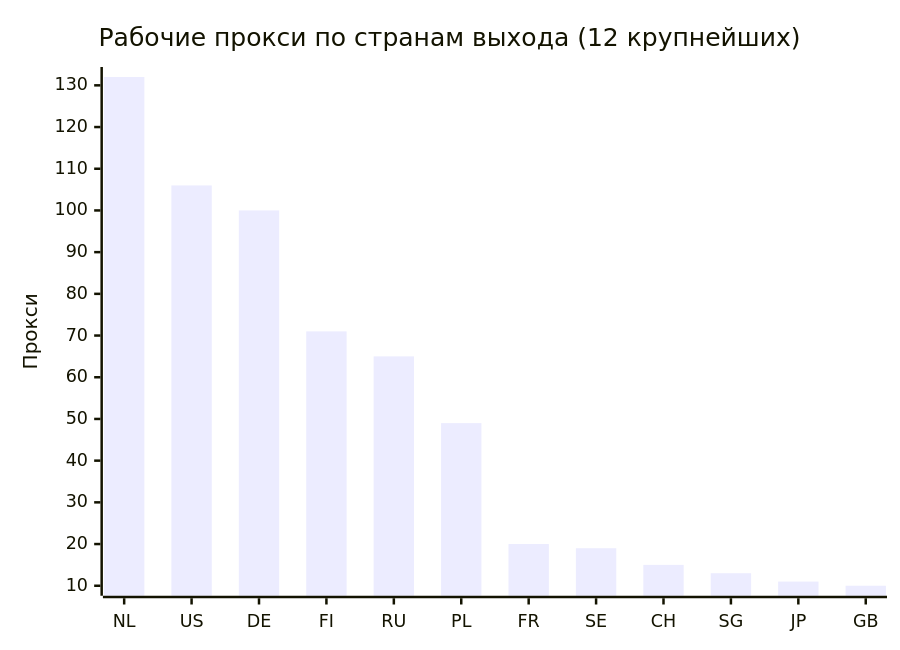
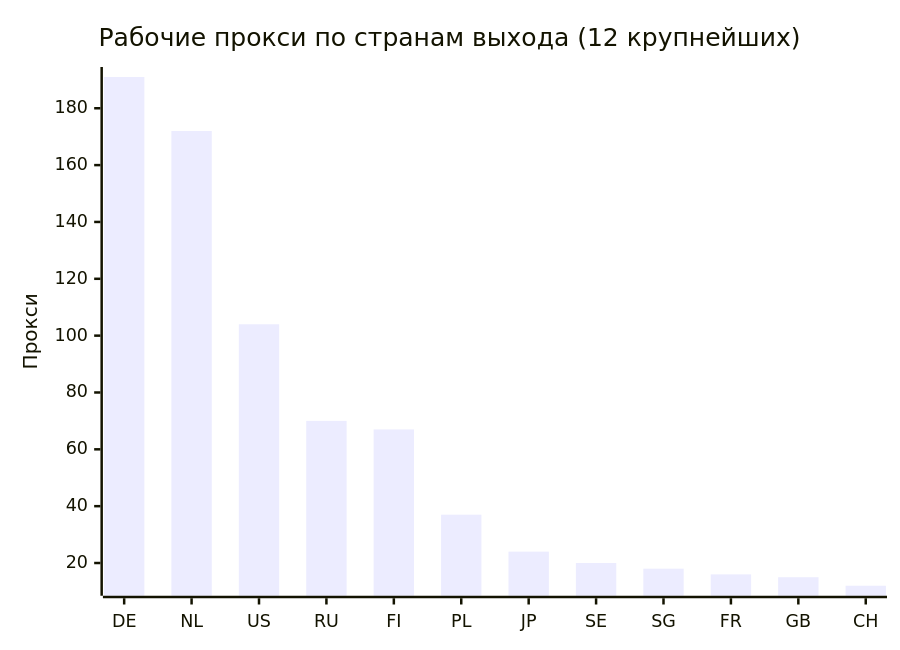
One commit to rvvg/proxy-subs changed the second of 4 diagrams in README.md. Above: the diagram before and after it, drawn with Mermaid. The commit also changed other lines of this file and 51 other files, not shown here.

````diff
--- a/README.md
+++ b/README.md
@@ -129,7 +131,7 @@
 ```mermaid
 xychart-beta
     title "Рабочие прокси по странам выхода (12 крупнейших)"
-    x-axis ["NL", "US", "DE", "FI", "RU", "PL", "FR", "SE", "CH", "SG", "JP", "GB"]
+    x-axis ["DE", "NL", "US", "RU", "FI", "PL", "JP", "SE", "SG", "FR", "GB", "CH"]
     y-axis "Прокси"
-    bar [132, 106, 100, 71, 65, 49, 20, 19, 15, 13, 11, 10]
+    bar [191, 172, 104, 70, 67, 37, 24, 20, 18, 16, 15, 12]
 ```
````
